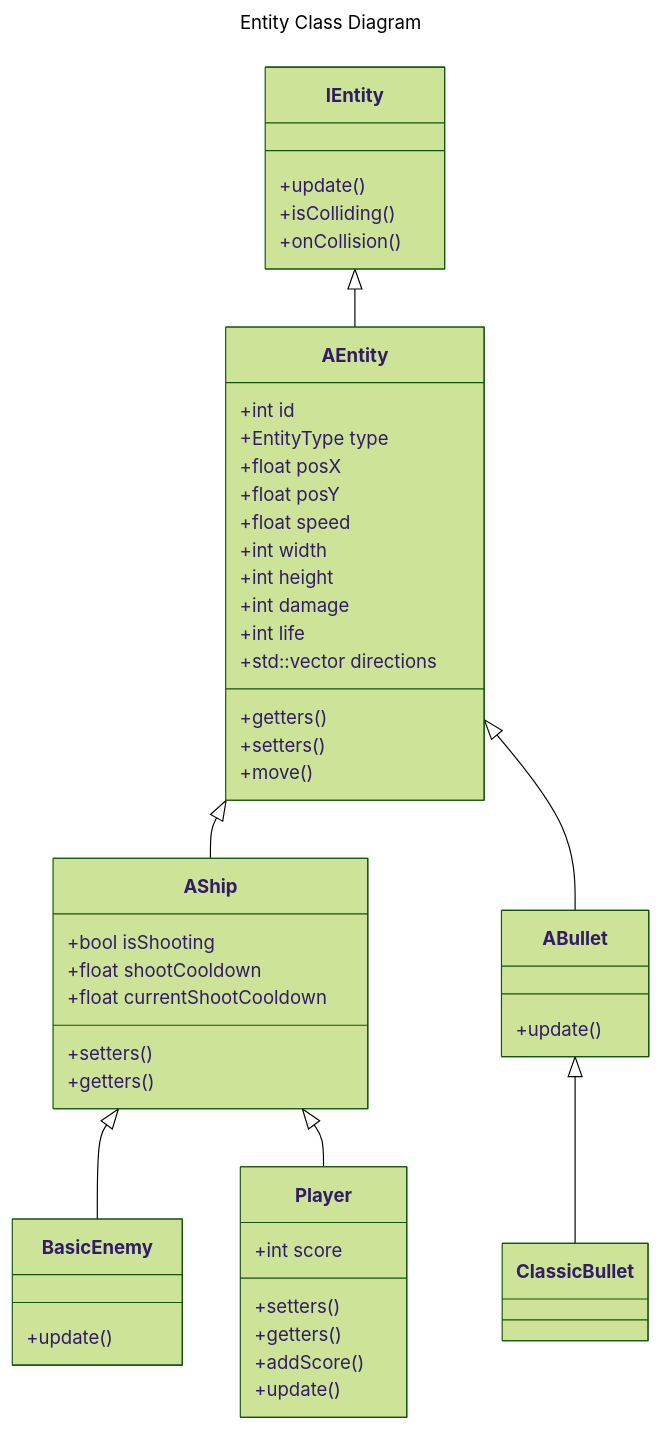
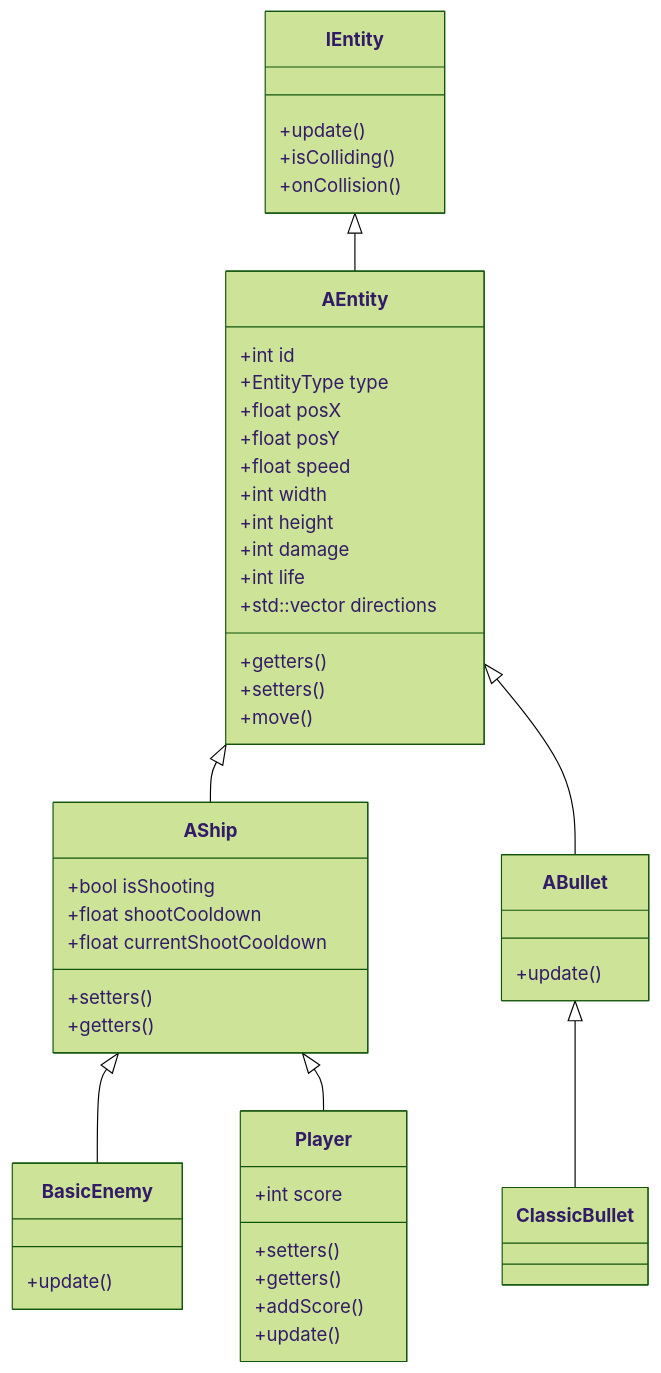
The second of 3 diagrams in dev/server/server.md (epitech-mirroring/R-Type-docs), drawn with Mermaid (forest theme) before and after one commit. The commit also changed other lines of this file, not shown here.

````diff
--- a/dev/server/server.md
+++ b/dev/server/server.md
@@ -41,56 +51,53 @@
 ```mermaid
----
-title: Entity Class Diagram
----
 classDiagram
     IEntity <|-- AEntity
     AEntity <|-- AShip
     AEntity <|-- ABullet
     ABullet <|-- ClassicBullet
     AShip <|-- BasicEnemy
     AShip <|-- Player
 
     class IEntity {
         +update()
         +isColliding()
         +onCollision()
     }
     class AEntity {
         +int id
         +EntityType type
         +float posX
         +float posY
         +float speed
         +int width
         +int height
         +int damage
         +int life
         +std::vector<EntityDirection> directions
 
         +getters()
         +setters()
         +move()
     }
     class AShip {
         +bool isShooting
         +float shootCooldown
         +float currentShootCooldown
 
         +setters()
         +getters()
     }
     class Player {
         +int score
 
         +setters()
         +getters()
         +addScore()
         +update()
     }
     class BasicEnemy {
         +update()
     }
     class ABullet {
         +update()
     }
 ```
````
